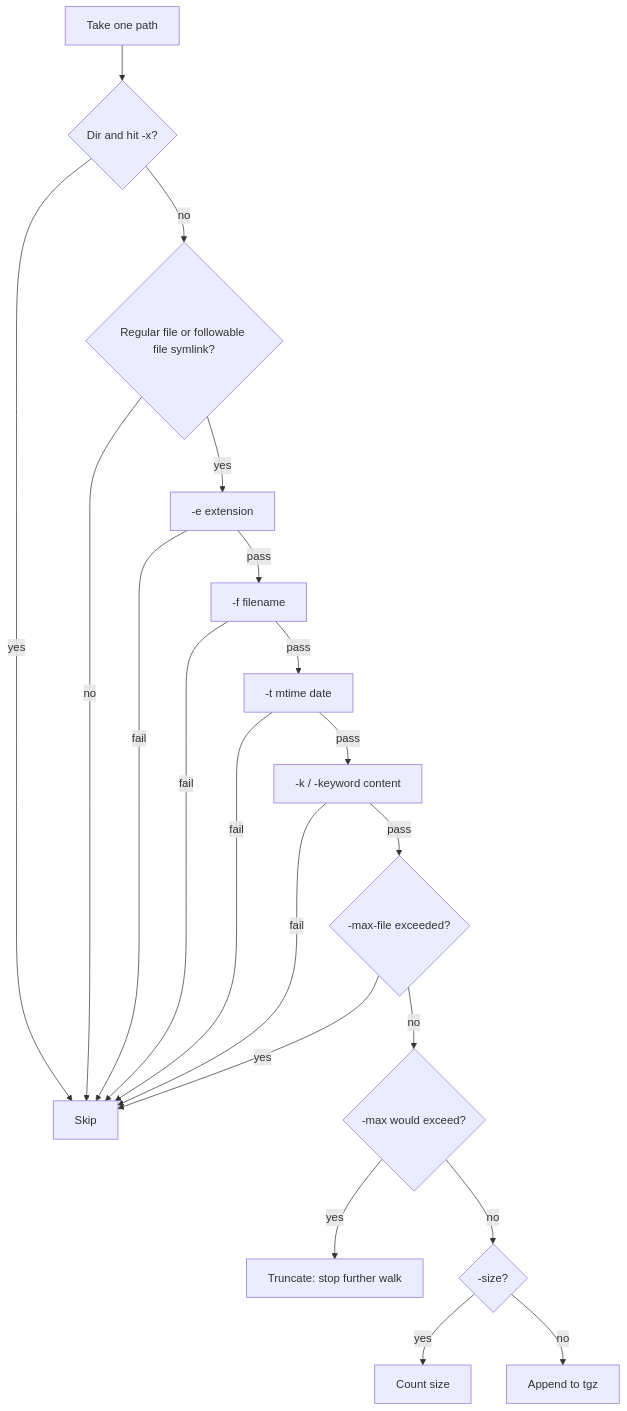
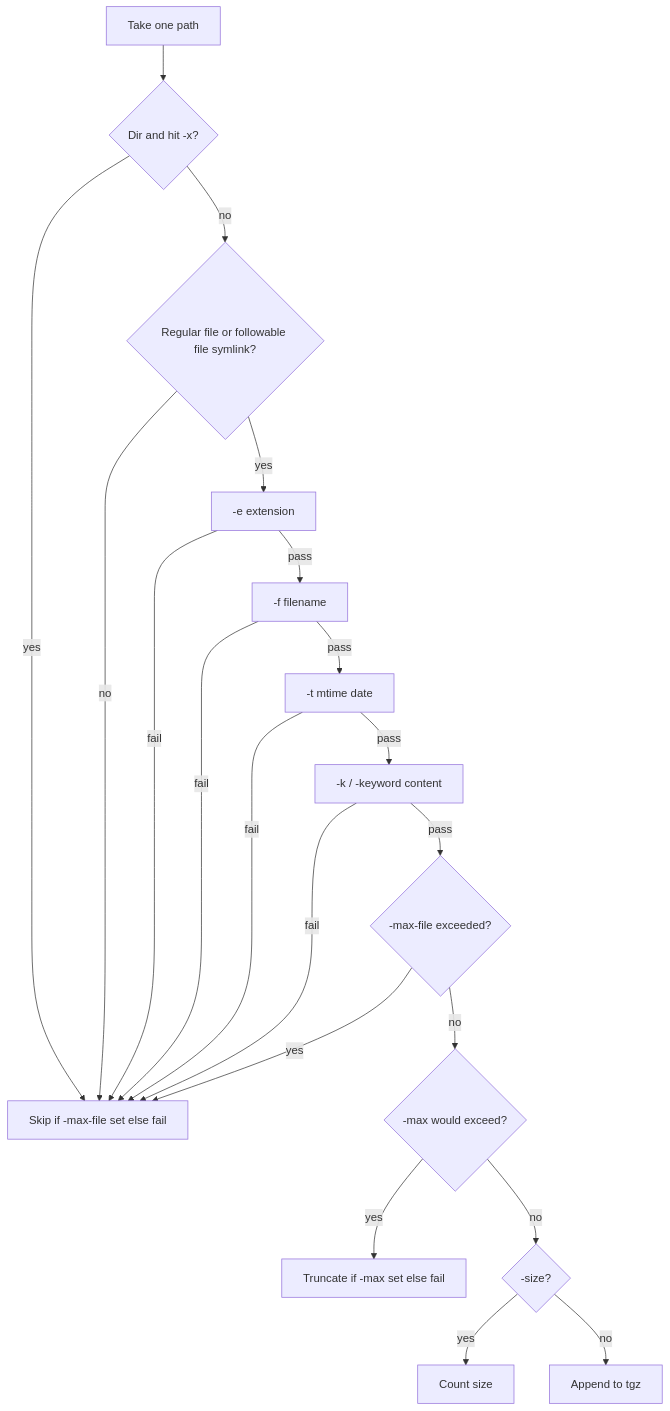
One commit to simonlee-hello/Fdoc changed the second of 2 diagrams in README.md. Above: the diagram before and after it, drawn with Mermaid. The commit also changed other lines of this file and 5 other files, not shown here.

````diff
--- a/README.md
+++ b/README.md
@@ -53,22 +53,22 @@
 ```mermaid
 flowchart TD
   A[Take one path] --> B{Dir and hit -x?}
   B -->|yes| Z1[Skip]
   B -->|no| C{Regular file or followable file symlink?}
   C -->|no| Z1
   C -->|yes| D[-e extension]
   D -->|fail| Z1
   D -->|pass| E[-f filename]
   E -->|fail| Z1
   E -->|pass| F[-t mtime date]
   F -->|fail| Z1
   F -->|pass| G[-k / -keyword content]
   G -->|fail| Z1
   G -->|pass| H{-max-file exceeded?}
-  H -->|yes| Z1
+  H -->|yes| Z1[Skip if -max-file set else fail]
   H -->|no| I{-max would exceed?}
-  I -->|yes| Z2[Truncate: stop further walk]
+  I -->|yes| Z2[Truncate if -max set else fail]
   I -->|no| J{-size?}
   J -->|yes| Z3[Count size]
   J -->|no| Z4[Append to tgz]
 ```
````
